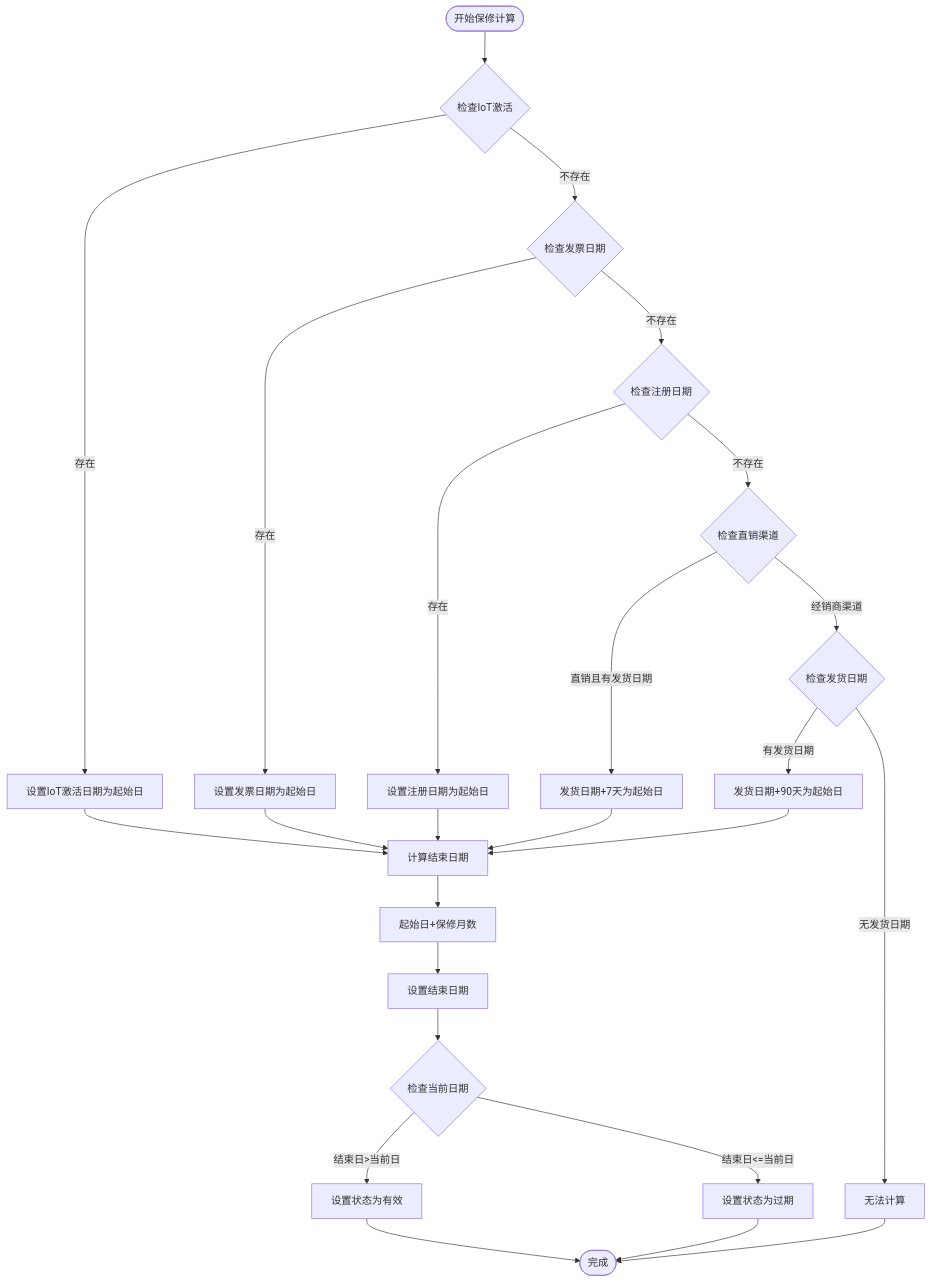
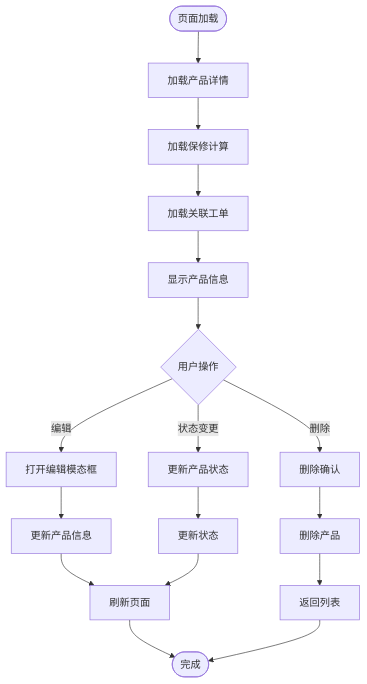
The fifth of 9 diagrams in .qoder/repowiki/zh/content/前端组件架构/产品管理界面/三层产品架构.md (CubeEdge/Longhorn), drawn with Mermaid before and after one commit. The commit also changed other lines of this file and 28 other files, not shown here.

````diff
--- a/.qoder/repowiki/zh/content/前端组件架构/产品管理界面/三层产品架构.md
+++ b/.qoder/repowiki/zh/content/前端组件架构/产品管理界面/三层产品架构.md
@@ -210,27 +243,19 @@
 ```mermaid
 flowchart TD
-Start([开始保修计算]) --> CheckIoT{检查IoT激活}
-CheckIoT --> |存在| SetIoT[设置IoT激活日期为起始日]
-CheckIoT --> |不存在| CheckInvoice{检查发票日期}
-SetIoT --> CalcEnd[计算结束日期]
-CheckInvoice --> |存在| SetInvoice[设置发票日期为起始日]
-CheckInvoice --> |不存在| CheckReg{检查注册日期}
-SetInvoice --> CalcEnd
-CheckReg --> |存在| SetReg[设置注册日期为起始日]
-CheckReg --> |不存在| CheckDirect{检查直销渠道}
-SetReg --> CalcEnd
-CheckDirect --> |直销且有发货日期| SetDirect[发货日期+7天为起始日]
-CheckDirect --> |经销商渠道| CheckDealer{检查发货日期}
-SetDirect --> CalcEnd
-CheckDealer --> |有发货日期| SetDealer[发货日期+90天为起始日]
-CheckDealer --> |无发货日期| NoCalc[无法计算]
-SetDealer --> CalcEnd
-CalcEnd --> AddMonths[起始日+保修月数]
-AddMonths --> SetEnd[设置结束日期]
-SetEnd --> CheckStatus{检查当前日期}
-CheckStatus --> |结束日>当前日| SetActive[设置状态为有效]
-CheckStatus --> |结束日<=当前日| SetExpired[设置状态为过期]
-SetActive --> End([完成])
-SetExpired --> End
-NoCalc --> End
+Start([页面加载]) --> LoadProduct[加载产品详情]
+LoadProduct --> LoadWarranty[加载保修计算]
+LoadWarranty --> LoadTickets[加载关联工单]
+LoadTickets --> Display[显示产品信息]
+Display --> UserAction{用户操作}
+UserAction --> |编辑| EditModal[打开编辑模态框]
+UserAction --> |删除| DeleteConfirm[删除确认]
+UserAction --> |状态变更| ChangeStatus[更新产品状态]
+EditModal --> UpdateProduct[更新产品信息]
+DeleteConfirm --> DeleteProduct[删除产品]
+ChangeStatus --> UpdateStatus[更新状态]
+UpdateProduct --> Refresh[刷新页面]
+DeleteProduct --> BackToList[返回列表]
+UpdateStatus --> Refresh
+Refresh --> End([完成])
+BackToList --> End
 ```
````
